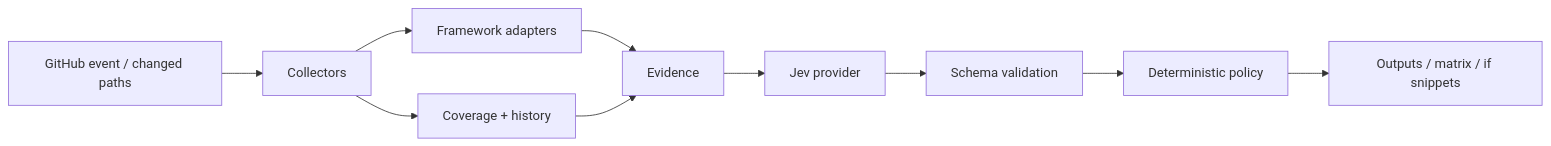
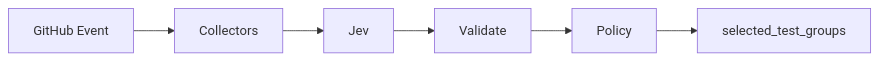
One commit to JevForge/jev-test-intelligence changed the diagram in README.md. Above: the diagram before and after it, drawn with Mermaid. The commit also changed other lines of this file and 10 other files, not shown here.

````diff
--- a/README.md
+++ b/README.md
@@ -9,12 +48,8 @@
 ```mermaid
 flowchart LR
-  A[GitHub event / changed paths] --> B[Collectors]
-  B --> C[Framework adapters]
-  B --> D[Coverage + history]
-  C --> E[Evidence]
-  D --> E
-  E --> F[Jev provider]
-  F --> G[Schema validation]
-  G --> H[Deterministic policy]
-  H --> I[Outputs / matrix / if snippets]
+  A[GitHub Event] --> B[Collectors]
+  B --> C[Jev]
+  C --> D[Validate]
+  D --> E[Policy]
+  E --> F[selected_test_groups]
 ```
````
